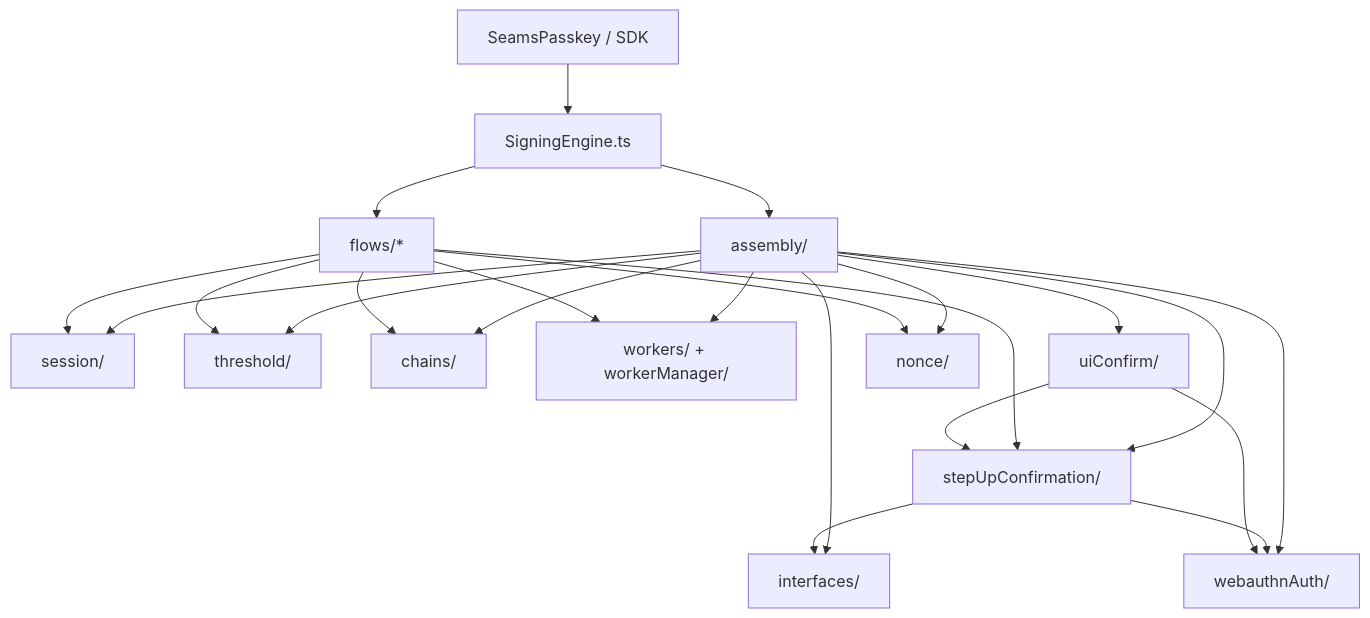
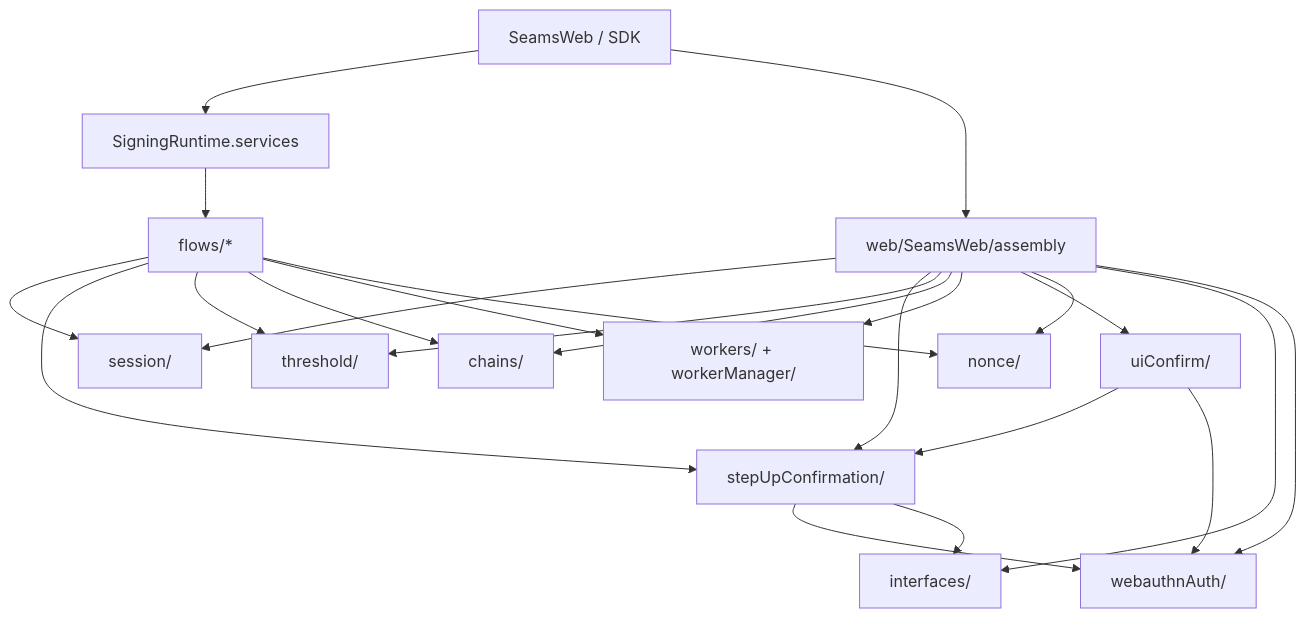
The first of 4 diagrams in client/src/core/signingEngine/README.md (seams-tech/seams-sdk), drawn with Mermaid before and after one commit. The commit also changed other lines of this file and 375 other files, not shown here.

Commit message:
Implement 51b web facade runtime split

````diff
--- a/client/src/core/signingEngine/README.md
+++ b/client/src/core/signingEngine/README.md
@@ -59,25 +58,25 @@
 ```mermaid
 flowchart TD
-  SP["SeamsPasskey / SDK"] --> SE["SigningEngine.ts"]
-  SE --> INIT["assembly/"]
-  SE --> OPS["flows/*"]
+  SP["SeamsWeb / SDK"] --> RT["SigningRuntime.services"]
+  SP --> INIT["web/SeamsWeb/assembly"]
+  RT --> OPS["flows/*"]
   INIT --> SESSION["session/"]
   INIT --> CONF["stepUpConfirmation/"]
   INIT --> THRESHOLD["threshold/"]
   INIT --> CHAINS["chains/"]
   INIT --> WORKERS["workers/ + workerManager/"]
   INIT --> UI["uiConfirm/"]
   INIT --> NONCE["nonce/"]
   INIT --> IFACE["interfaces/"]
   INIT --> WEBAUTHN["webauthnAuth/"]
   OPS --> SESSION
   OPS --> CONF
   OPS --> THRESHOLD
   OPS --> CHAINS
   OPS --> WORKERS
   OPS --> NONCE
   CONF --> WEBAUTHN
   CONF --> IFACE
   UI --> CONF
   UI --> WEBAUTHN
 ```
````
